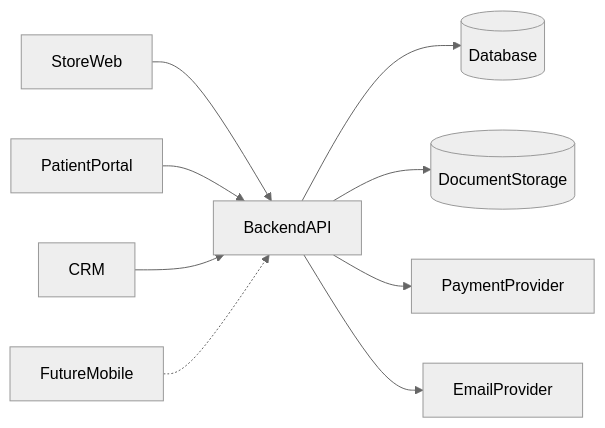
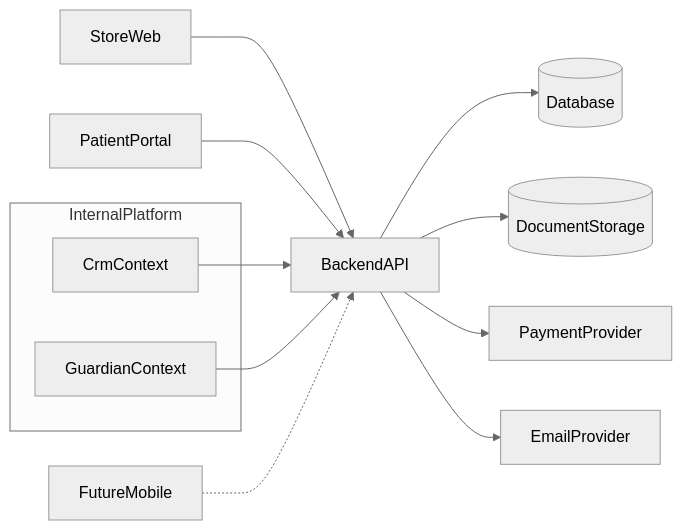
One commit to theabhissengar/clinexa-platform changed the third of 4 diagrams in docs/00-product-requirements-document.md. Above: the diagram before and after it, drawn with Mermaid (neutral theme). The commit also changed other lines of this file and 22 other files, not shown here.

Commit message:
Document Clinexa ecosystem and Internal Platform (CRM + Guardian).

````diff
--- a/docs/00-product-requirements-document.md
+++ b/docs/00-product-requirements-document.md
@@ -865,21 +886,25 @@
 ```mermaid
 flowchart LR
   Store[StoreWeb]
   Portal[PatientPortal]
-  CRM[CRM]
+  subgraph Internal [InternalPlatform]
+    CRM[CrmContext]
+    Guardian[GuardianContext]
+  end
   Mobile[FutureMobile]
   API[BackendAPI]
   DB[(Database)]
   Files[(DocumentStorage)]
   PSP[PaymentProvider]
   Mail[EmailProvider]
 
   Store --> API
   Portal --> API
   CRM --> API
+  Guardian --> API
   Mobile -.-> API
   API --> DB
   API --> Files
   API --> PSP
   API --> Mail
 ```
````
